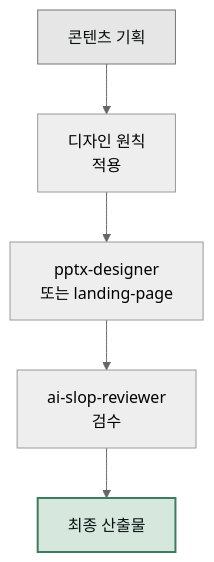
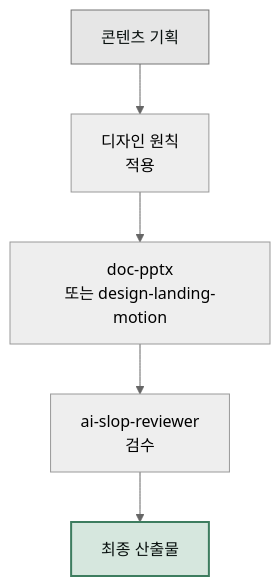
The diagram in www/content/cookbook/design/_index.md (modu-ai/cowork-plugins), drawn with Mermaid (neutral theme) before and after one commit. The commit also changed other lines of this file and 45 other files, not shown here.

First line of the commit message:
docs(www): 스킬명 정합 + 깨진 링크 수정 + mermaid 보강

````diff
--- a/www/content/cookbook/design/_index.md
+++ b/www/content/cookbook/design/_index.md
@@ -12,10 +12,10 @@
 ```mermaid
 flowchart TD
    A["콘텐츠 기획"] --> B["디자인 원칙<br/>적용"]
-   B --> C["pptx-designer<br/>또는 landing-page"]
+   B --> C["doc-pptx<br/>또는 design-landing-motion"]
    C --> D["ai-slop-reviewer<br/>검수"]
    D --> E["최종 산출물"]
 
    style A fill:#e6e6e6,stroke:#757575,color:#09110f
    style E fill:#d6e7de,stroke:#3d7d5f,stroke-width:2px,color:#09110f
 ```
````
